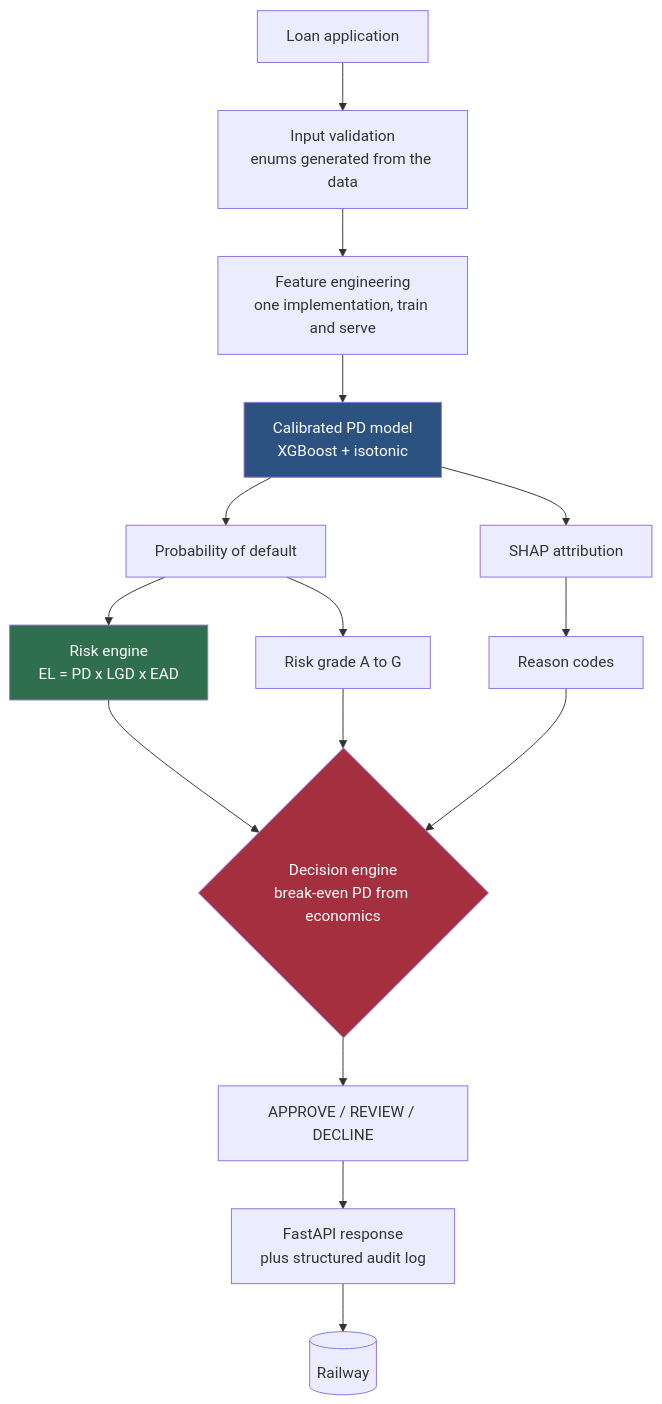
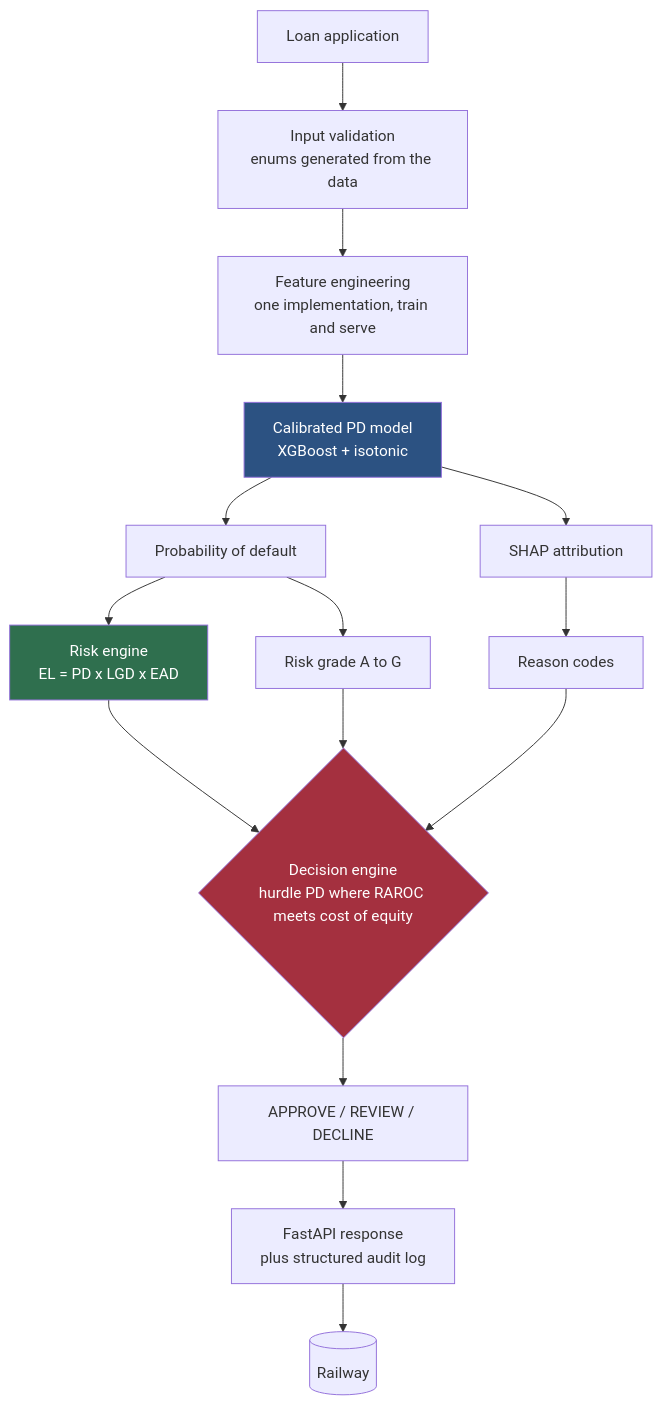
The diagram in README.md (sadiqmuhd/Loan-Default-Dataset), drawn with Mermaid before and after one commit. The commit also changed other lines of this file and 22 other files, not shown here.

Commit message:
fix: match PD and revenue horizons, add RAROC hurdle, rebase grade scale

````diff
--- a/README.md
+++ b/README.md
@@ -47,24 +47,24 @@
 ```mermaid
 flowchart TD
     A["Loan application"] --> B["Input validation<br/>enums generated from the data"]
     B --> C["Feature engineering<br/>one implementation, train and serve"]
     C --> D["Calibrated PD model<br/>XGBoost + isotonic"]
 
     D --> E["Probability of default"]
     D --> F["SHAP attribution"]
     E --> G["Risk engine<br/>EL = PD x LGD x EAD"]
     F --> H["Reason codes"]
 
     E --> I["Risk grade A to G"]
-    G --> J{"Decision engine<br/>break-even PD from economics"}
+    G --> J{"Decision engine<br/>hurdle PD where RAROC meets cost of equity"}
     I --> J
     H --> J
 
     J --> K["APPROVE / REVIEW / DECLINE"]
     K --> L["FastAPI response<br/>plus structured audit log"]
     L --> M[("Railway")]
 
     style D fill:#2c5282,color:#ffffff
     style G fill:#2f6f4e,color:#ffffff
     style J fill:#a4303f,color:#ffffff
 ```
````
